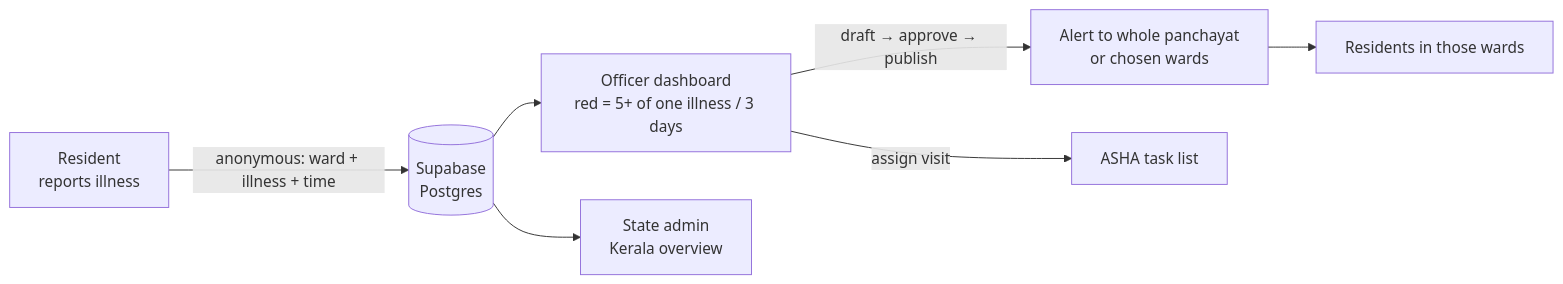
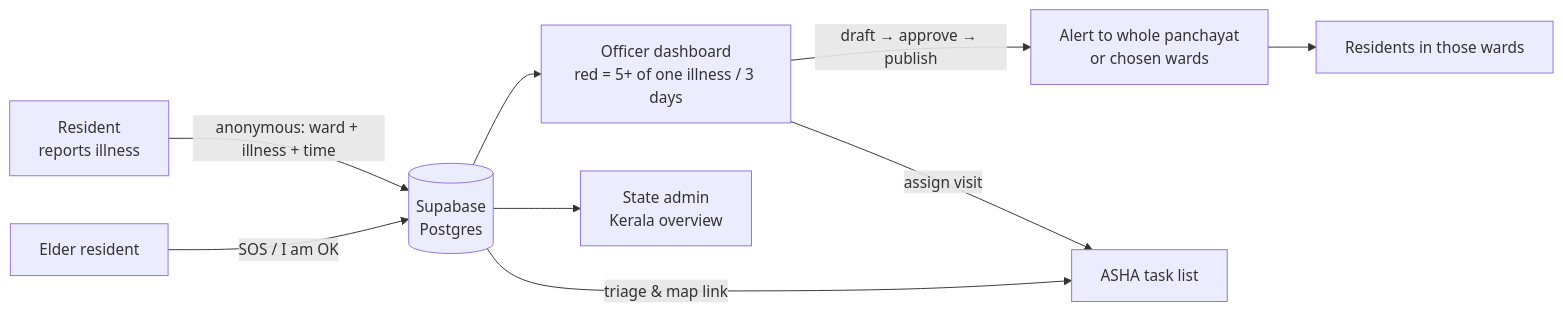
One commit to AFLAHAFI/jwara-alert changed the diagram in README.md. Above: the diagram before and after it, drawn with Mermaid. The commit also changed other lines of this file and 27 other files, not shown here.

First line of the commit message:
Elder care: SOS, daily check-in, elders list

````diff
--- a/README.md
+++ b/README.md
@@ -46,9 +46,11 @@
 ```mermaid
 flowchart LR
   R[Resident<br/>reports illness] -->|anonymous: ward + illness + time| DB[(Supabase<br/>Postgres)]
   DB --> D[Officer dashboard<br/>red = 5+ of one illness / 3 days]
   D -->|draft → approve → publish| A[Alert to whole panchayat<br/>or chosen wards]
   A --> R2[Residents in those wards]
   D -->|assign visit| T[ASHA task list]
   DB --> S[State admin<br/>Kerala overview]
+  E[Elder resident] -->|SOS / I am OK| DB
+  DB -->|triage & map link| T
 ```
````
